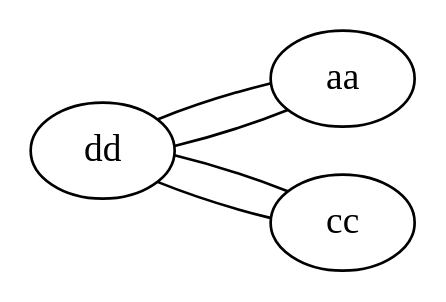
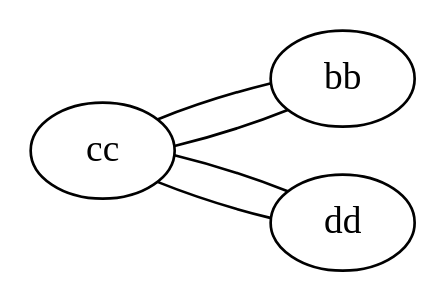
The diagram in pruebas/matrizRelacionRemitente.dot (matiuuh/-EDD-Proyecto1_202203009), drawn with Graphviz before and after one commit. The commit also changed 20 other files, not shown here.

```diff
--- a/pruebas/matrizRelacionRemitente.dot
+++ b/pruebas/matrizRelacionRemitente.dot
@@ -1,10 +1,11 @@
 graph g {
 rankdir=LR;
+"cc";
+"cc" -- "bb";
+"cc" -- "dd";
+"bb";
+"bb" -- "cc";
 "dd";
-"dd" -- "aa";
 "dd" -- "cc";
-"aa";
-"aa" -- "dd";
-"cc";
-"cc" -- "dd";
+"dd";
 }
```
